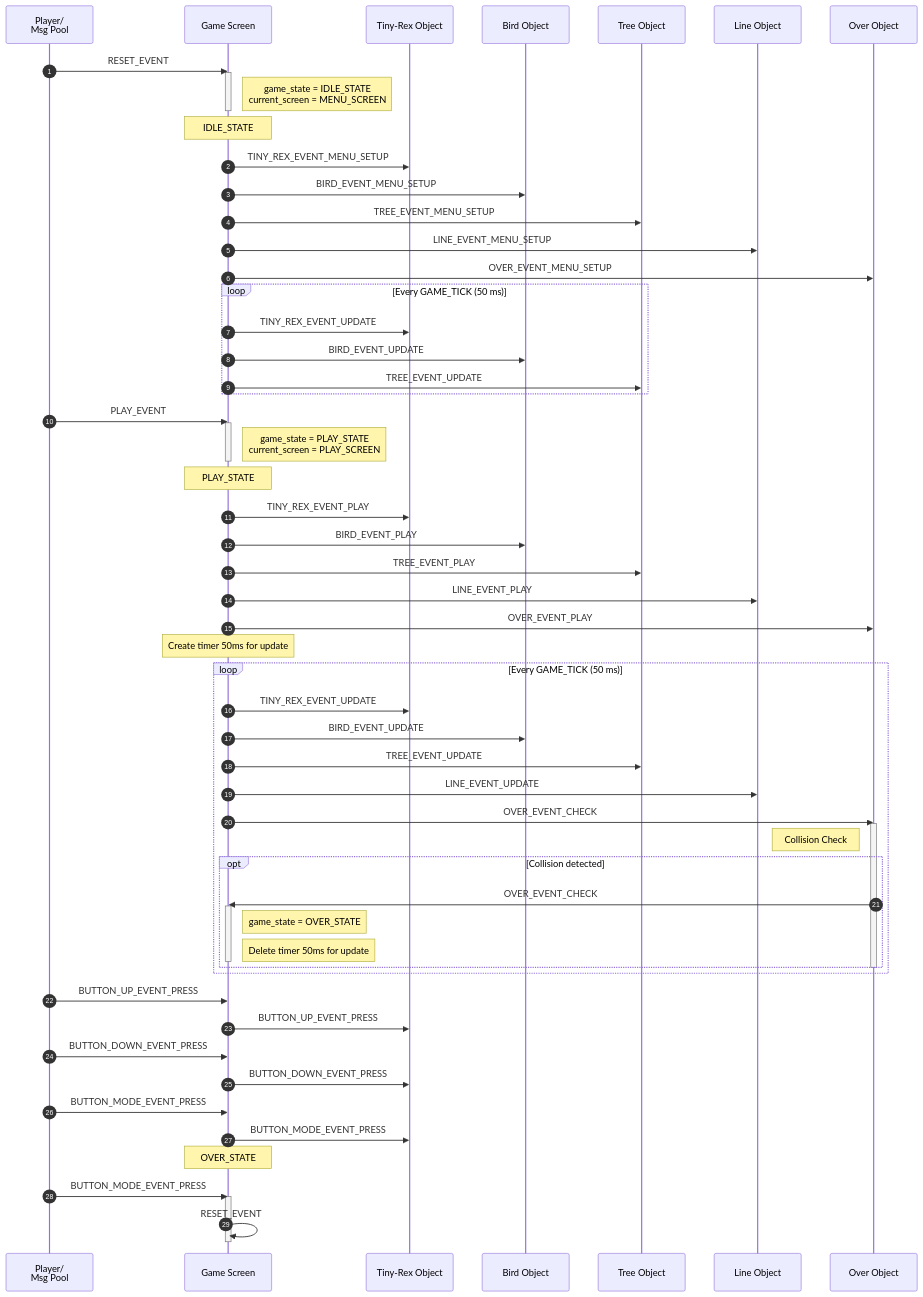
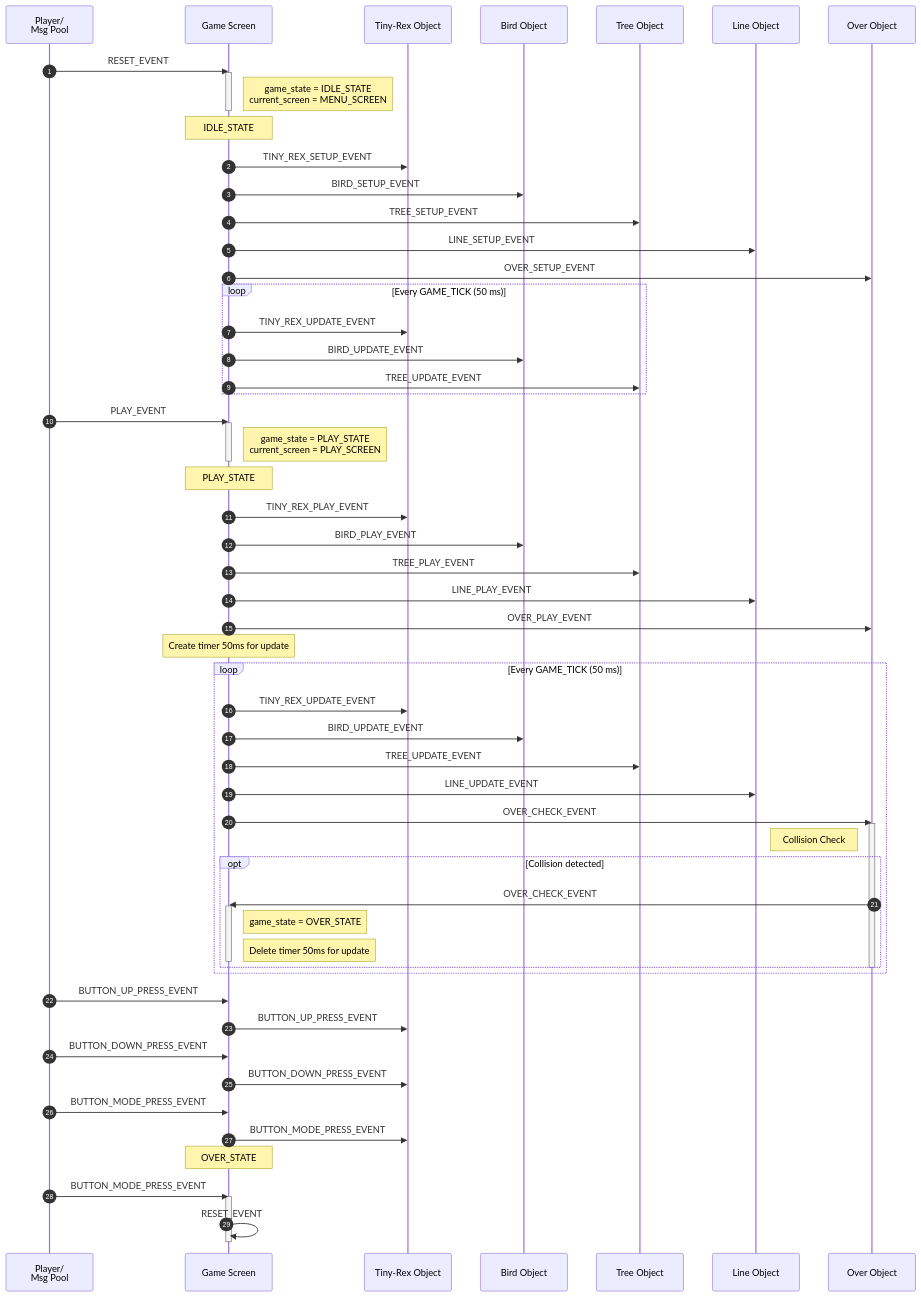
Before and after one commit to truongvanvuembedded/Tiny-Rex: the first of 2 diagrams in README.md, drawn with Mermaid. The commit also changed other lines of this file and 6 other files, not shown here.

Commit message:
refactor(events): Update Tiny rex object follow new design.

```diff
--- a/README.md
+++ b/README.md
@@ -132,17 +131,17 @@
     deactivate Scr
 
     Note over Scr: IDLE_STATE
-    Scr->>Rex: TINY_REX_EVENT_MENU_SETUP
-    Scr->>Bird: BIRD_EVENT_MENU_SETUP
-    Scr->>Tree: TREE_EVENT_MENU_SETUP
-    Scr->>Line: LINE_EVENT_MENU_SETUP
-    Scr->>Over_Chk: OVER_EVENT_MENU_SETUP
+    Scr->>Rex: TINY_REX_SETUP_EVENT
+    Scr->>Bird: BIRD_SETUP_EVENT
+    Scr->>Tree: TREE_SETUP_EVENT
+    Scr->>Line: LINE_SETUP_EVENT
+    Scr->>Over_Chk: OVER_SETUP_EVENT
 
     loop Every GAME_TICK (50 ms)
 
-        Scr->>Rex: TINY_REX_EVENT_UPDATE
-        Scr->>Bird: BIRD_EVENT_UPDATE
-        Scr->>Tree: TREE_EVENT_UPDATE
+        Scr->>Rex: TINY_REX_UPDATE_EVENT
+        Scr->>Bird: BIRD_UPDATE_EVENT
+        Scr->>Tree: TREE_UPDATE_EVENT
     end
 
     %%========================
@@ -154,24 +153,24 @@
     deactivate Scr
 
     Note over Scr: PLAY_STATE
-    Scr->>Rex: TINY_REX_EVENT_PLAY
-    Scr->>Bird: BIRD_EVENT_PLAY
-    Scr->>Tree: TREE_EVENT_PLAY
-    Scr->>Line: LINE_EVENT_PLAY
-    Scr->>Over_Chk: OVER_EVENT_PLAY
+    Scr->>Rex: TINY_REX_PLAY_EVENT
+    Scr->>Bird: BIRD_PLAY_EVENT
+    Scr->>Tree: TREE_PLAY_EVENT
+    Scr->>Line: LINE_PLAY_EVENT
+    Scr->>Over_Chk: OVER_PLAY_EVENT
     Note over Scr: Create timer 50ms for update
 
     loop Every GAME_TICK (50 ms)
 
-        Scr->>Rex: TINY_REX_EVENT_UPDATE
-        Scr->>Bird: BIRD_EVENT_UPDATE
-        Scr->>Tree: TREE_EVENT_UPDATE
-        Scr->>Line: LINE_EVENT_UPDATE
-        Scr->>Over_Chk: OVER_EVENT_CHECK
+        Scr->>Rex: TINY_REX_UPDATE_EVENT
+        Scr->>Bird: BIRD_UPDATE_EVENT
+        Scr->>Tree: TREE_UPDATE_EVENT
+        Scr->>Line: LINE_UPDATE_EVENT
+        Scr->>Over_Chk: OVER_CHECK_EVENT
         activate Over_Chk
         Note left of Over_Chk: Collision Check
             opt Collision detected
-                Over_Chk->>Scr: OVER_EVENT_CHECK
+                Over_Chk->>Scr: OVER_CHECK_EVENT
                     activate Scr
                     Note right of Scr: game_state = OVER_STATE
                     Note right of Scr: Delete timer 50ms for update
@@ -180,19 +179,19 @@
         deactivate Over_Chk
     end
 
-    Act->>Scr: BUTTON_UP_EVENT_PRESS
-    Scr->>Rex: BUTTON_UP_EVENT_PRESS
-    Act->>Scr: BUTTON_DOWN_EVENT_PRESS
-    Scr->>Rex: BUTTON_DOWN_EVENT_PRESS
-    Act->>Scr: BUTTON_MODE_EVENT_PRESS
-    Scr->>Rex: BUTTON_MODE_EVENT_PRESS
+    Act->>Scr: BUTTON_UP_PRESS_EVENT
+    Scr->>Rex: BUTTON_UP_PRESS_EVENT
+    Act->>Scr: BUTTON_DOWN_PRESS_EVENT
+    Scr->>Rex: BUTTON_DOWN_PRESS_EVENT
+    Act->>Scr: BUTTON_MODE_PRESS_EVENT
+    Scr->>Rex: BUTTON_MODE_PRESS_EVENT
 
     %%========================
-    %% Game Over_Chk
+    %% Game Over
     %%========================
 
     Note over Scr: OVER_STATE
-    Act->>Scr: BUTTON_MODE_EVENT_PRESS
+    Act->>Scr: BUTTON_MODE_PRESS_EVENT
     activate Scr
     Scr->>Scr: RESET_EVENT
     deactivate Scr
```
